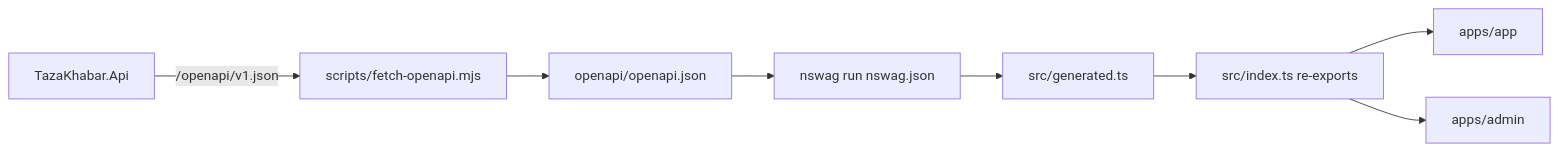
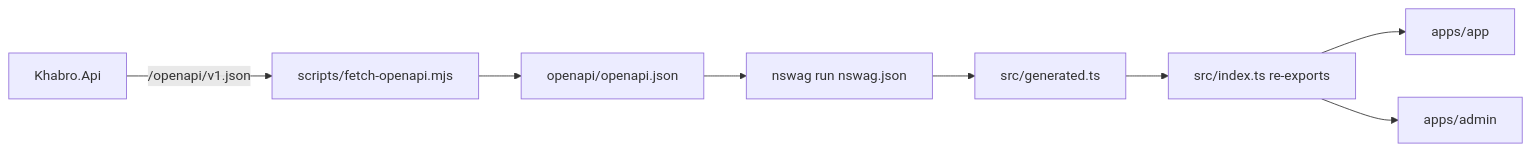
Before and after one commit to sshivanshg/TAZAkhabar: the diagram in docs/architecture/07-shared-types.md, drawn with Mermaid. The commit also changed 91 other files, not shown here.

````diff
--- a/docs/architecture/07-shared-types.md
+++ b/docs/architecture/07-shared-types.md
@@ -17,10 +17,10 @@
 ```mermaid
 flowchart LR
-  API[TazaKhabar.Api] -->|/openapi/v1.json| Fetch[scripts/fetch-openapi.mjs]
+  API[Khabro.Api] -->|/openapi/v1.json| Fetch[scripts/fetch-openapi.mjs]
   Fetch --> Snap[openapi/openapi.json]
   Snap --> NSwag[nswag run nswag.json]
   NSwag --> Gen[src/generated.ts]
   Gen --> Index[src/index.ts re-exports]
   Index --> App[apps/app]
   Index --> Admin[apps/admin]
 ```
````
